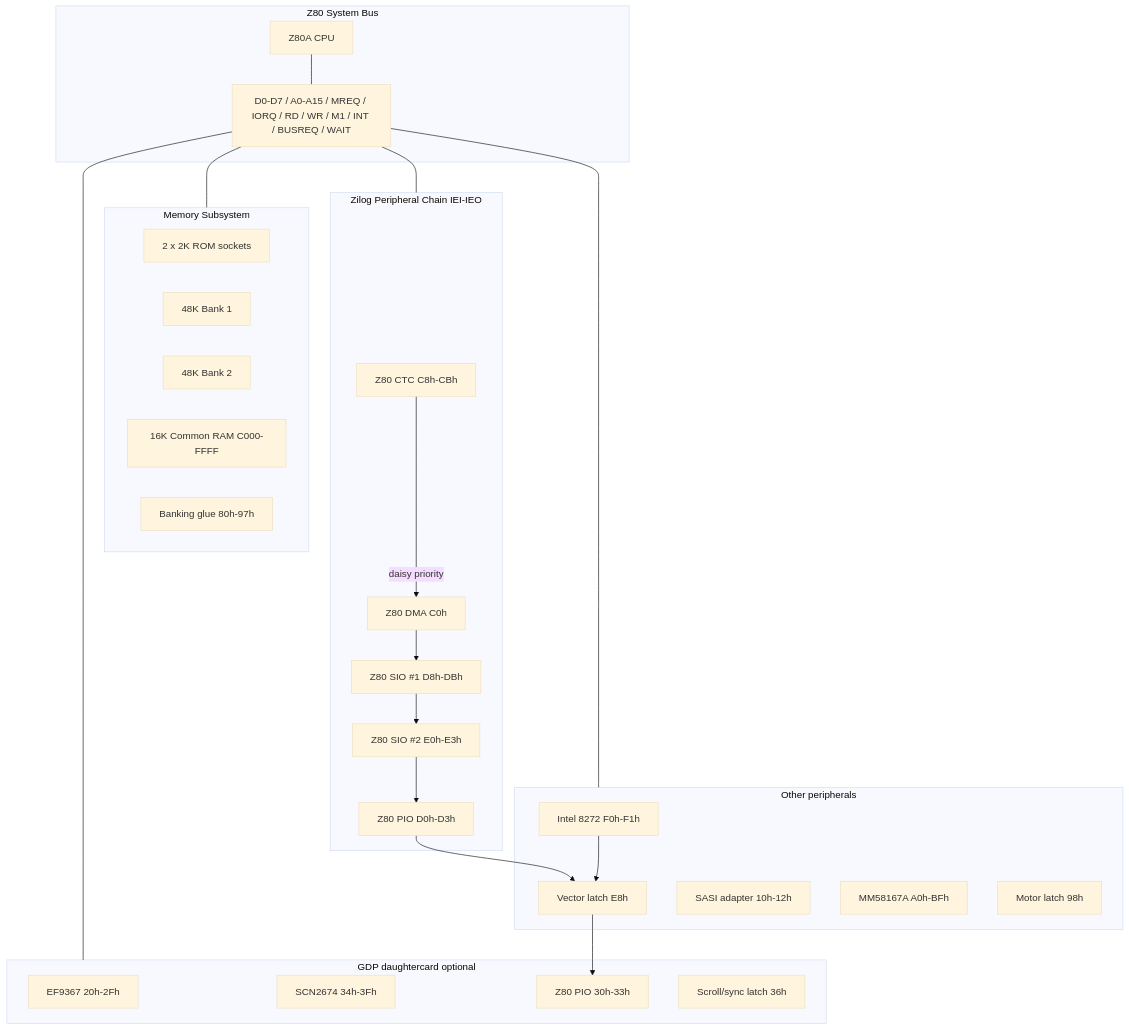
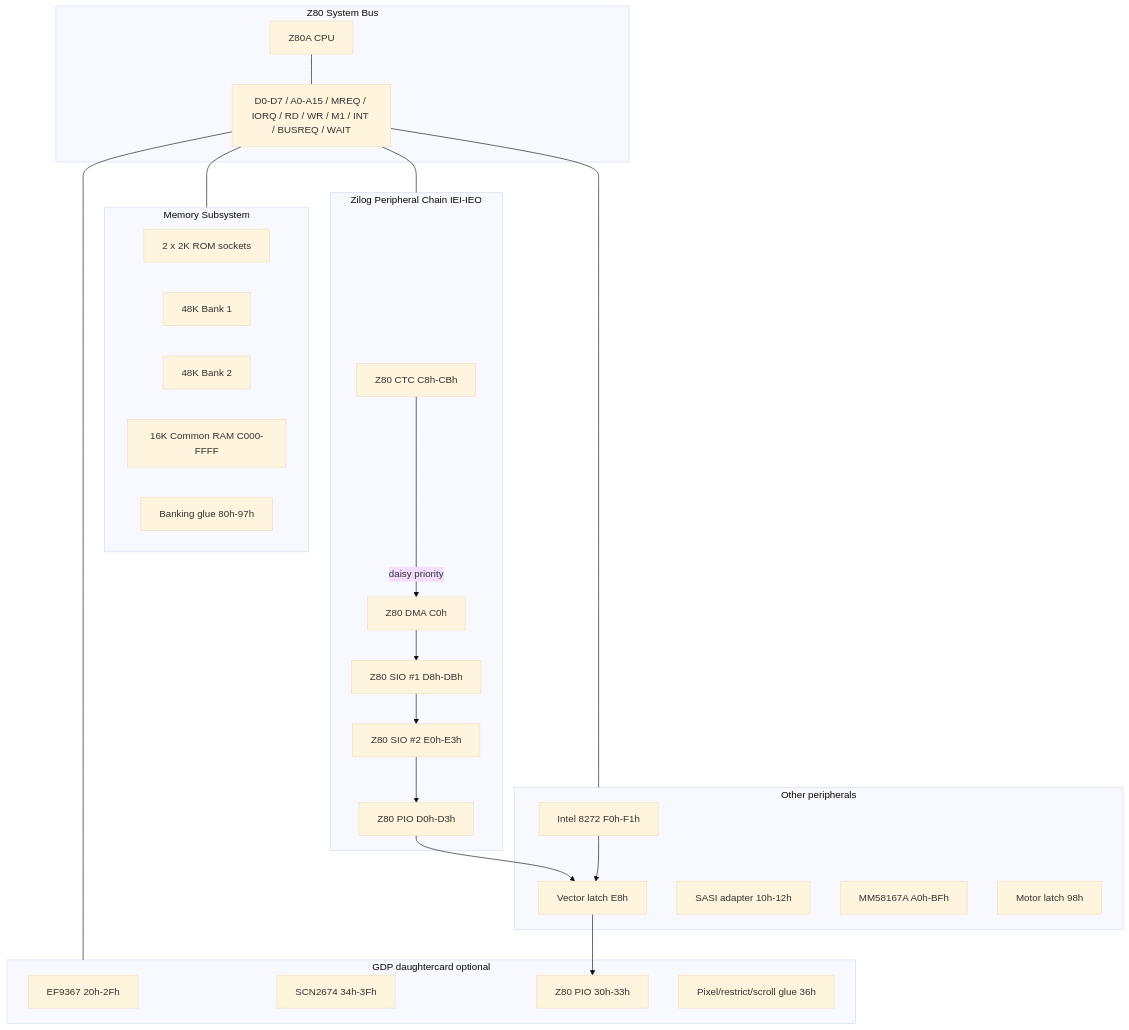
The diagram in docs/books/PARTNER-HARDWARE-SCHEMATICS.md (iskra-delta/idp-emu), drawn with Mermaid (base theme) before and after one commit. The commit also changed other lines of this file and 56 other files, not shown here.

````diff
--- a/docs/books/PARTNER-HARDWARE-SCHEMATICS.md
+++ b/docs/books/PARTNER-HARDWARE-SCHEMATICS.md
@@ -42,52 +42,52 @@
 ```mermaid
 flowchart TB
     subgraph cpu_bus [Z80 System Bus]
         CPU[Z80A CPU]
         BUS[D0-D7 / A0-A15 / MREQ / IORQ / RD / WR / M1 / INT / BUSREQ / WAIT]
     end
 
     subgraph mem [Memory Subsystem]
         ROM[2 x 2K ROM sockets]
         RAM1[48K Bank 1]
         RAM2[48K Bank 2]
         COM[16K Common RAM C000-FFFF]
         BANK[Banking glue 80h-97h]
     end
 
     subgraph zilog [Zilog Peripheral Chain IEI-IEO]
         CTC[Z80 CTC C8h-CBh]
         DMA[Z80 DMA C0h]
         SIO1[Z80 SIO #1 D8h-DBh]
         SIO2[Z80 SIO #2 E0h-E3h]
         PIO[Z80 PIO D0h-D3h]
     end
 
     subgraph other [Other peripherals]
         FDC[Intel 8272 F0h-F1h]
         FDCVEC[Vector latch E8h]
         SASI[SASI adapter 10h-12h]
         RTC[MM58167A A0h-BFh]
         MOTOR[Motor latch 98h]
     end
 
     subgraph gdp [GDP daughtercard optional]
         EF[EF9367 20h-2Fh]
         AVDC[SCN2674 34h-3Fh]
         GPO[Z80 PIO 30h-33h]
-        GLUE[Scroll/sync latch 36h]
+        GLUE[Pixel/restrict/scroll glue 36h]
     end
 
     CPU --- BUS
     BUS --- mem
     BUS --- zilog
     BUS --- other
     BUS --- gdp
 
     CTC -->|daisy priority| DMA
     DMA --> SIO1
     SIO1 --> SIO2
     SIO2 --> PIO
     PIO --> FDCVEC
     FDCVEC --> GPO
     FDC --> FDCVEC
 ```
````
